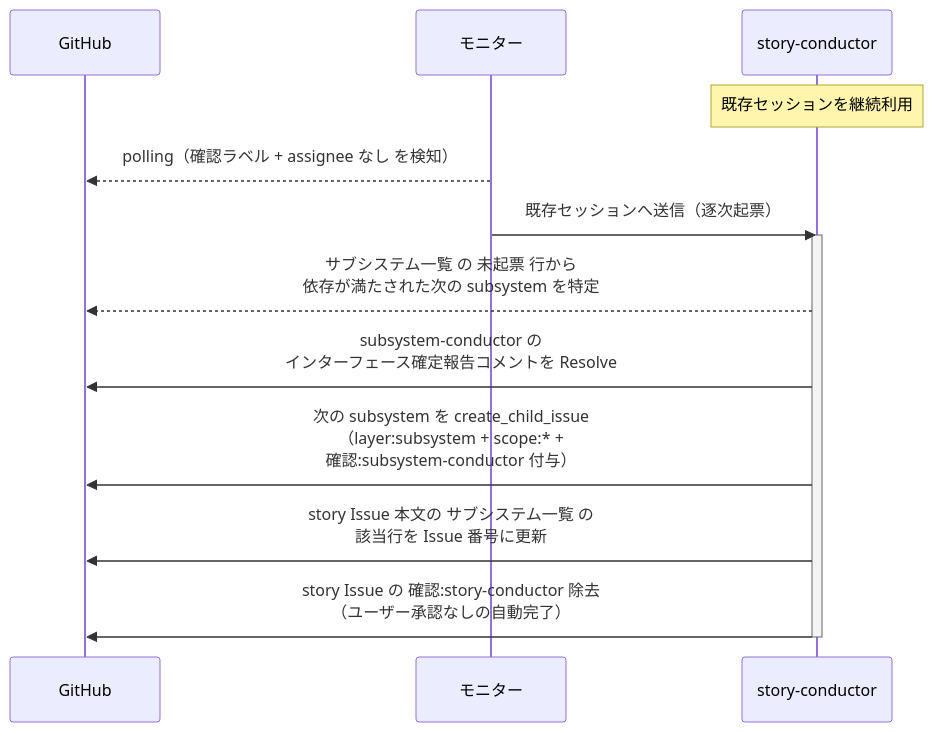
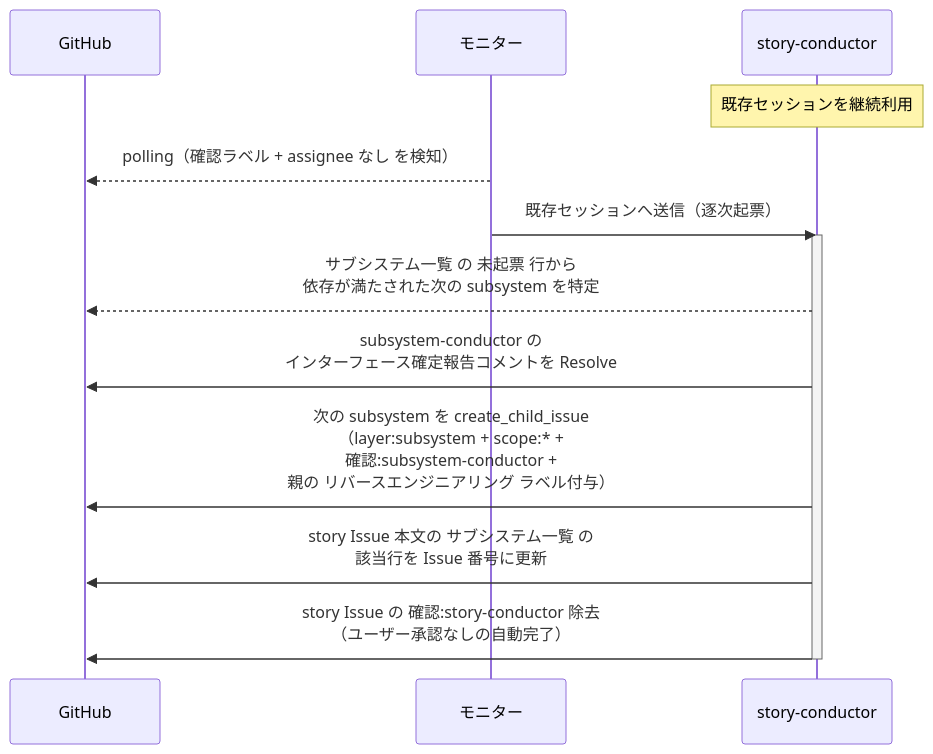
Before and after one commit to shuhei1101/ai-monitor: the second of 2 diagrams in docs/wiki/設計図/シナリオ/単一ユースケース/子subsystem起票.md, drawn with Mermaid. The commit also changed other lines of this file and 162 other files, not shown here.

````diff
--- a/docs/wiki/設計図/シナリオ/単一ユースケース/子subsystem起票.md
+++ b/docs/wiki/設計図/シナリオ/単一ユースケース/子subsystem起票.md
@@ -70,17 +71,17 @@
 ```mermaid
 sequenceDiagram
   participant GH as GitHub
   participant ORC as モニター
   participant MON as story-conductor
 
   Note over MON: 既存セッションを継続利用
   ORC-->>GH: polling（確認ラベル + assignee なし を検知）
   ORC->>MON: 既存セッションへ送信（逐次起票）
   activate MON
   MON-->>GH: サブシステム一覧 の 未起票 行から<br>依存が満たされた次の subsystem を特定
   MON->>GH: subsystem-conductor の<br>インターフェース確定報告コメントを Resolve
-  MON->>GH: 次の subsystem を create_child_issue<br>（layer:subsystem + scope:* +<br>確認:subsystem-conductor 付与）
+  MON->>GH: 次の subsystem を create_child_issue<br>（layer:subsystem + scope:* +<br>確認:subsystem-conductor +<br>親の リバースエンジニアリング ラベル付与）
   MON->>GH: story Issue 本文の サブシステム一覧 の<br>該当行を Issue 番号に更新
   MON->>GH: story Issue の 確認:story-conductor 除去<br>（ユーザー承認なしの自動完了）
   deactivate MON
 ```
````
